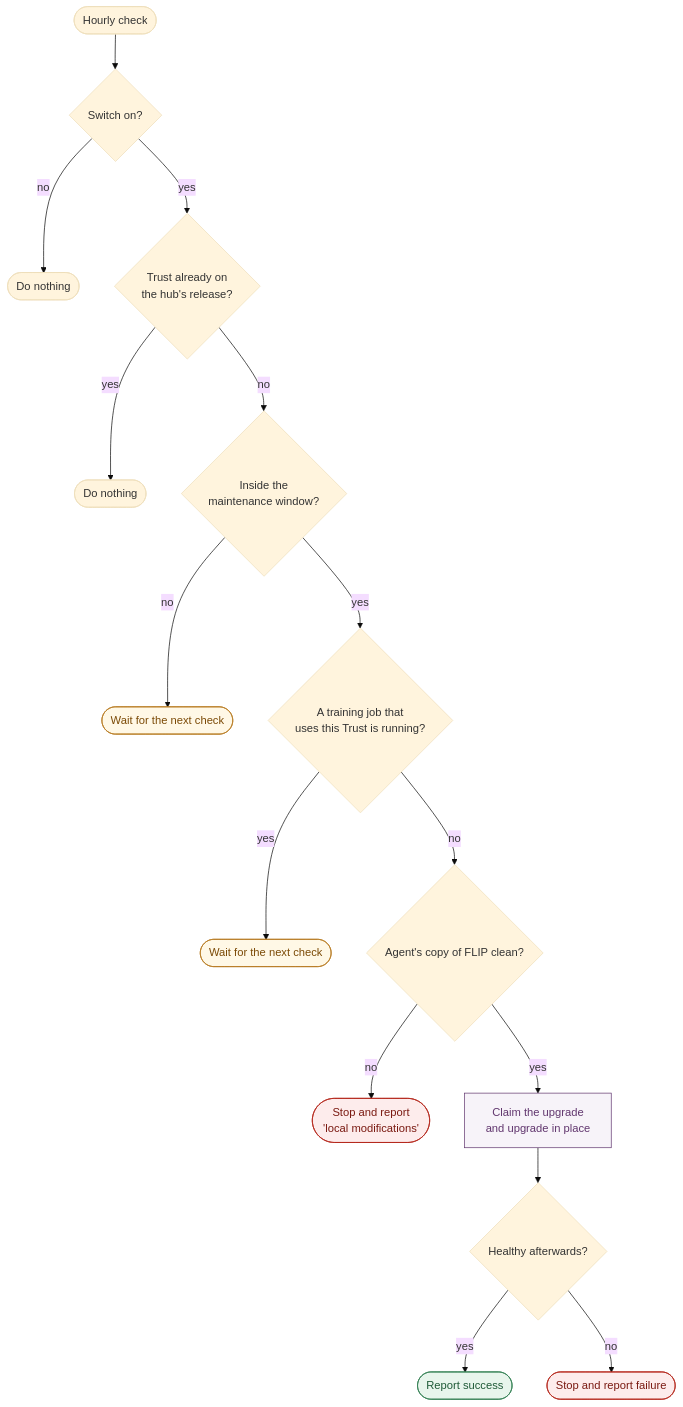
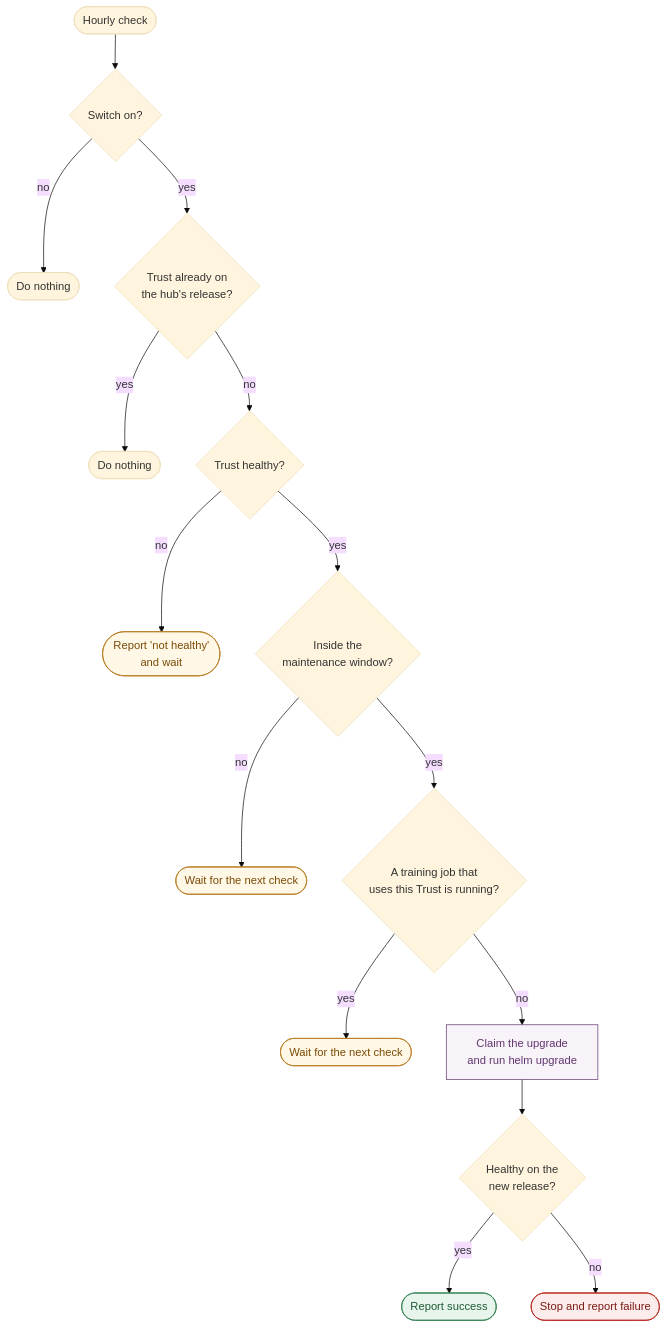
One commit to londonaicentre/FLIP changed the second of 4 diagrams in docs/source/sys-admin/admin-trust-auto-upgrade.rst. Above: the diagram before and after it, drawn with Mermaid (base theme). The commit also changed other lines of this file and 26 other files, not shown here.

```diff
--- a/docs/source/sys-admin/admin-trust-auto-upgrade.rst
+++ b/docs/source/sys-admin/admin-trust-auto-upgrade.rst
@@ -142,27 +145,27 @@
 .. mermaid::
    :caption: What the agent decides at each hourly check (switch on).
 
    flowchart TD
        A([Hourly check]) --> B{Switch on?}
        B -- no --> Z1([Do nothing])
        B -- yes --> C{Trust already on<br/>the hub's release?}
        C -- yes --> Z2([Do nothing])
-       C -- no --> D{Inside the<br/>maintenance window?}
+       C -- no --> H0{Trust healthy?}
+       H0 -- no --> X([Report 'not healthy'<br/>and wait])
+       H0 -- yes --> D{Inside the<br/>maintenance window?}
        D -- no --> W1([Wait for the next check])
        D -- yes --> E{A training job that<br/>uses this Trust is running?}
        E -- yes --> W2([Wait for the next check])
-       E -- no --> F{Agent's copy of FLIP clean?}
-       F -- no --> X([Stop and report<br/>'local modifications'])
-       F -- yes --> G[Claim the upgrade<br/>and upgrade in place]
-       G --> H{Healthy afterwards?}
+       E -- no --> G[Claim the upgrade<br/>and run helm upgrade]
+       G --> H{Healthy on the<br/>new release?}
        H -- yes --> OK([Report success])
        H -- no --> BAD([Stop and report failure])
 
        classDef go fill:#F7F3F9,stroke:#61366E,color:#61366E
        classDef wait fill:#FFF8E6,stroke:#B7791F,color:#7B4A06
        classDef stop fill:#FDECEC,stroke:#B42318,color:#7A1A12
        classDef ok fill:#E8F5EC,stroke:#2F7D4F,color:#1F5A37
        class G go
-       class W1,W2 wait
-       class X,BAD stop
+       class W1,W2,X wait
+       class BAD stop
        class OK ok
```
